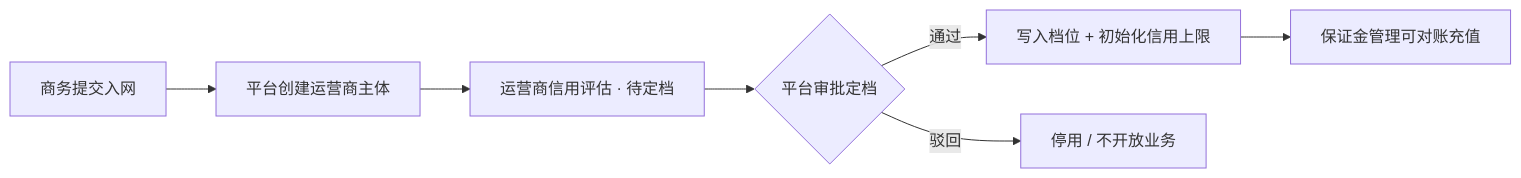
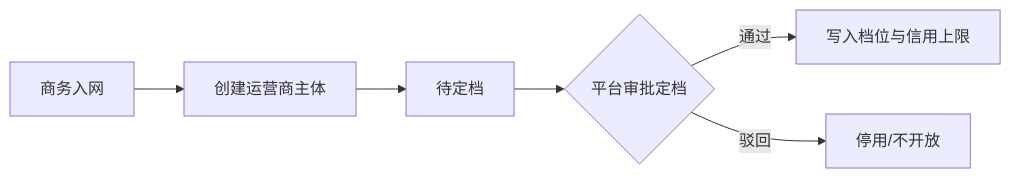
The diagram in prototype/docs/md/运营商信用评估方案.md (liudali/rider-swap-operator-prototype), drawn with Mermaid before and after one commit. The commit also changed other lines of this file and 102 other files, not shown here.

````diff
--- a/prototype/docs/md/运营商信用评估方案.md
+++ b/prototype/docs/md/运营商信用评估方案.md
@@ -45,9 +70,8 @@
 ```mermaid
 flowchart LR
-  A[商务提交入网] --> B[平台创建运营商主体]
-  B --> C[运营商信用评估 · 待定档]
+  A[商务入网] --> B[创建运营商主体]
+  B --> C[待定档]
   C --> D{平台审批定档}
-  D -->|通过| E[写入档位 + 初始化信用上限]
-  D -->|驳回| F[停用 / 不开放业务]
-  E --> G[保证金管理可对账充值]
+  D -->|通过| E[写入档位与信用上限]
+  D -->|驳回| F[停用/不开放]
 ```
````
